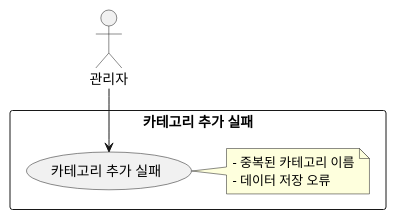
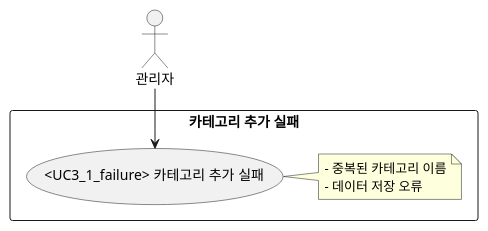
Before and after one commit to f-lab-edu/mini-mart: the diagram in docs/uml/admin/category/uc3_1_failure.puml, drawn with PlantUML. The commit also changed 55 other files, not shown here.

```diff
--- a/docs/uml/admin/category/uc3_1_failure.puml
+++ b/docs/uml/admin/category/uc3_1_failure.puml
@@ -1,13 +1,13 @@
 @startuml
 actor "관리자" as Admin
 
 rectangle "카테고리 추가 실패" {
-  usecase "카테고리 추가 실패" as UC3_1_failure
+  usecase "<UC3_1_failure> 카테고리 추가 실패" as UC3_1_failure
   note right
   - 중복된 카테고리 이름
   - 데이터 저장 오류
   end note
 }
 
 Admin --> UC3_1_failure
 @enduml
```
